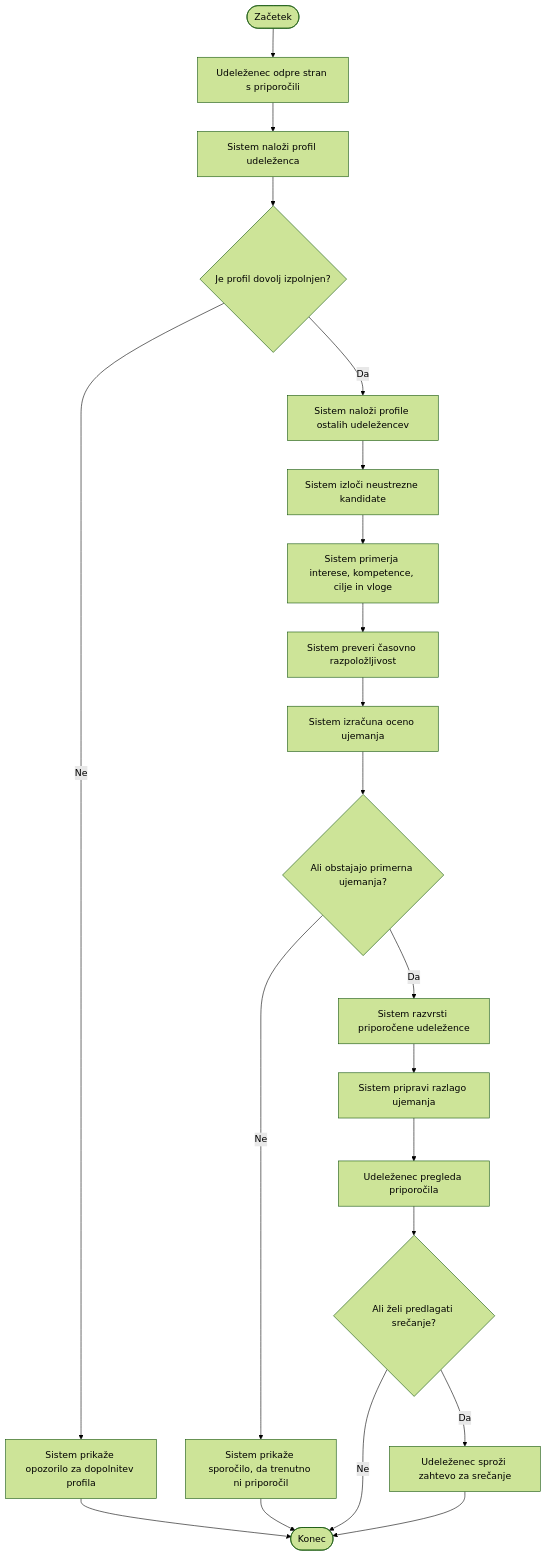
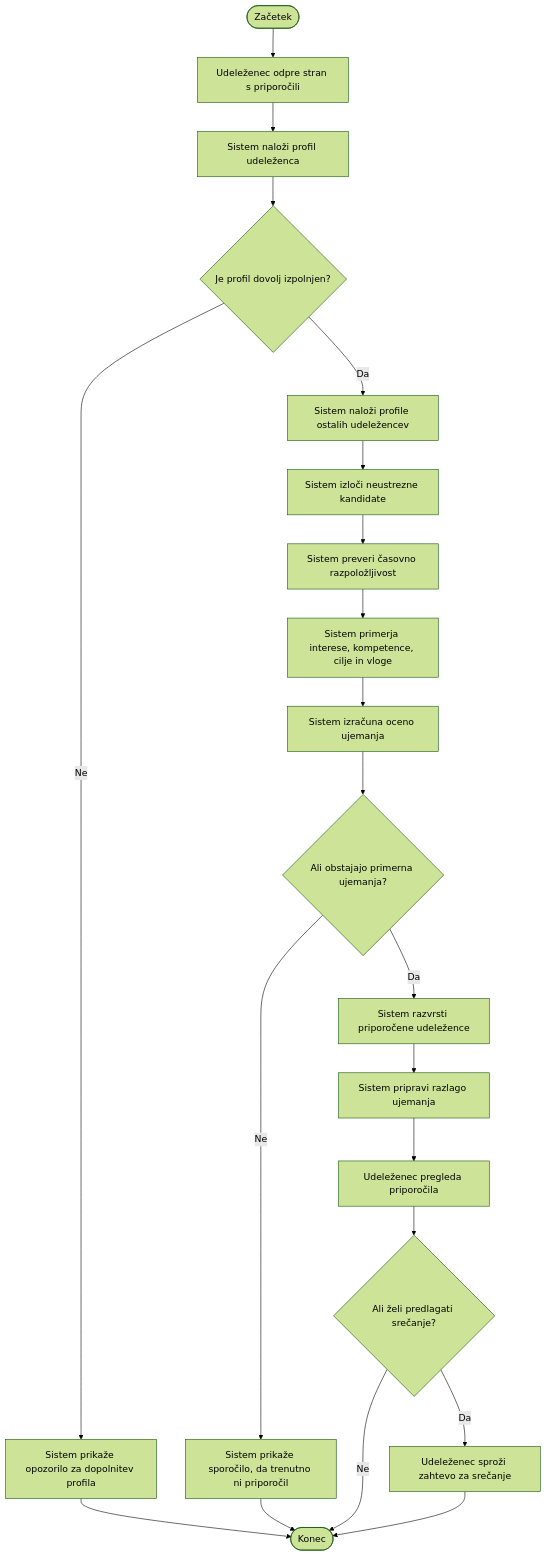
The first of 5 diagrams in docs/Activity diagram/README.md (nikop36/confera), drawn with Mermaid (forest theme) before and after one commit. The commit also changed other lines of this file and 5 other files, not shown here.

````diff
--- a/docs/Activity diagram/README.md
+++ b/docs/Activity diagram/README.md
@@ -7,28 +7,28 @@
 ```mermaid
 flowchart TD
     A([Začetek]) --> B["Udeleženec odpre stran s priporočili"]
     B --> C["Sistem naloži profil udeleženca"]
     C --> D{"Je profil dovolj izpolnjen?"}
 
     D -- "Ne" --> E["Sistem prikaže opozorilo za dopolnitev profila"]
     E --> Z([Konec])
 
     D -- "Da" --> F["Sistem naloži profile ostalih udeležencev"]
     F --> G["Sistem izloči neustrezne kandidate"]
-    G --> H["Sistem primerja interese, kompetence, cilje in vloge"]
-    H --> I["Sistem preveri časovno razpoložljivost"]
-    I --> J["Sistem izračuna oceno ujemanja"]
+    G --> I["Sistem preveri časovno razpoložljivost"]
+    I --> H["Sistem primerja interese, kompetence, cilje in vloge"]
+    H --> J["Sistem izračuna oceno ujemanja"]
     J --> K{"Ali obstajajo primerna ujemanja?"}
 
     K -- "Ne" --> L["Sistem prikaže sporočilo, da trenutno ni priporočil"]
     L --> Z
 
     K -- "Da" --> M["Sistem razvrsti priporočene udeležence"]
     M --> N["Sistem pripravi razlago ujemanja"]
     N --> O["Udeleženec pregleda priporočila"]
     O --> P{"Ali želi predlagati srečanje?"}
 
     P -- "Ne" --> Z
     P -- "Da" --> Q["Udeleženec sproži zahtevo za srečanje"]
     Q --> Z
 ```
````
